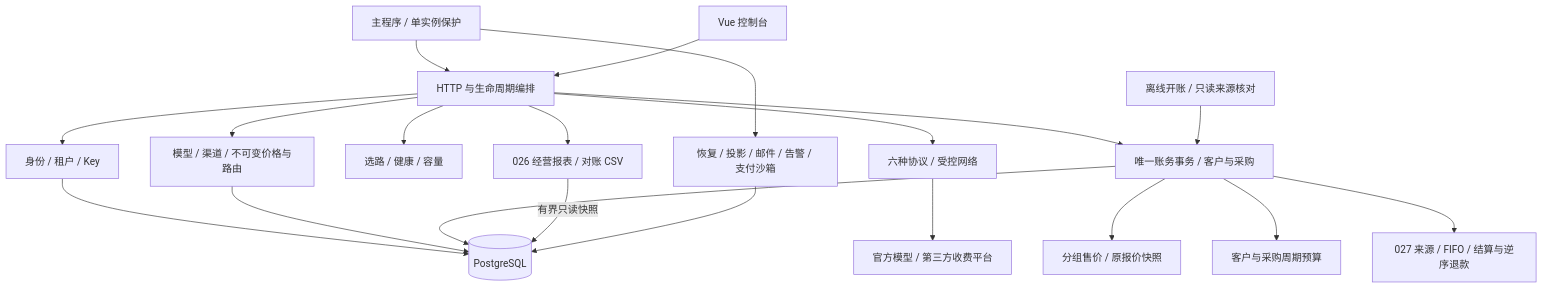
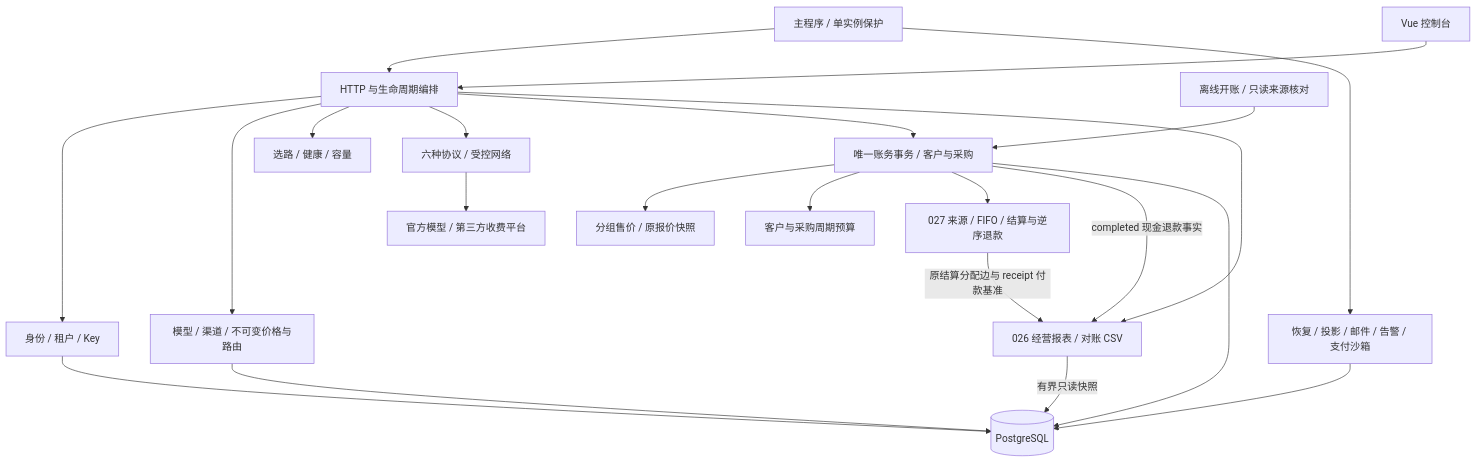
The third of 24 diagrams in docs/architecture/README.md (workhold/moni-aigate), drawn with Mermaid before and after one commit. The commit also changed other lines of this file and 35 other files, not shown here.

````diff
--- a/docs/architecture/README.md
+++ b/docs/architecture/README.md
@@ -161,22 +161,24 @@
 ```mermaid
 flowchart TD
     Main[主程序 / 单实例保护] --> Server[HTTP 与生命周期编排]
     Web[Vue 控制台] --> Server
     Server --> Identity[身份 / 租户 / Key]
     Server --> Catalog[模型 / 渠道 / 不可变价格与路由]
     Server --> Route[选路 / 健康 / 容量]
     Server --> Provider[六种协议 / 受控网络]
     Server --> Billing[唯一账务事务 / 客户与采购]
     Billing --> Pricing[分组售价 / 原报价快照]
     Billing --> PB[客户与采购周期预算]
     Billing --> Sources[027 来源 / FIFO / 结算与逆序退款]
     Server --> Report[026 经营报表 / 对账 CSV]
+    Sources -->|原结算分配边与 receipt 付款基准| Report
+    Billing -->|completed 现金退款事实| Report
     Maintenance[离线开账 / 只读来源核对] --> Billing
     Main --> Workers[恢复 / 投影 / 邮件 / 告警 / 支付沙箱]
     Identity --> DB[(PostgreSQL)]
     Catalog --> DB
     Billing --> DB
     Report -->|有界只读快照| DB
     Workers --> DB
     Provider --> Upstream[官方模型 / 第三方收费平台]
 ```
````
